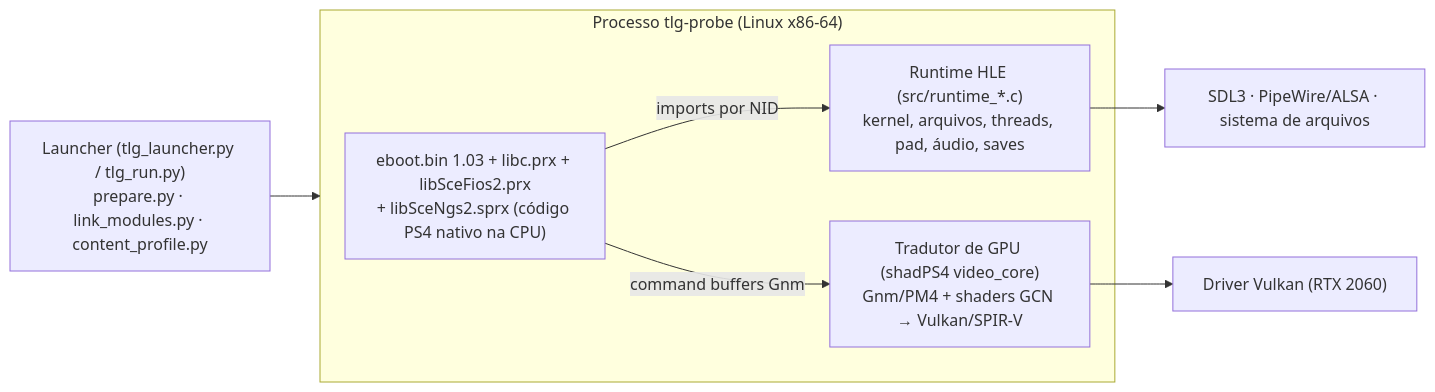
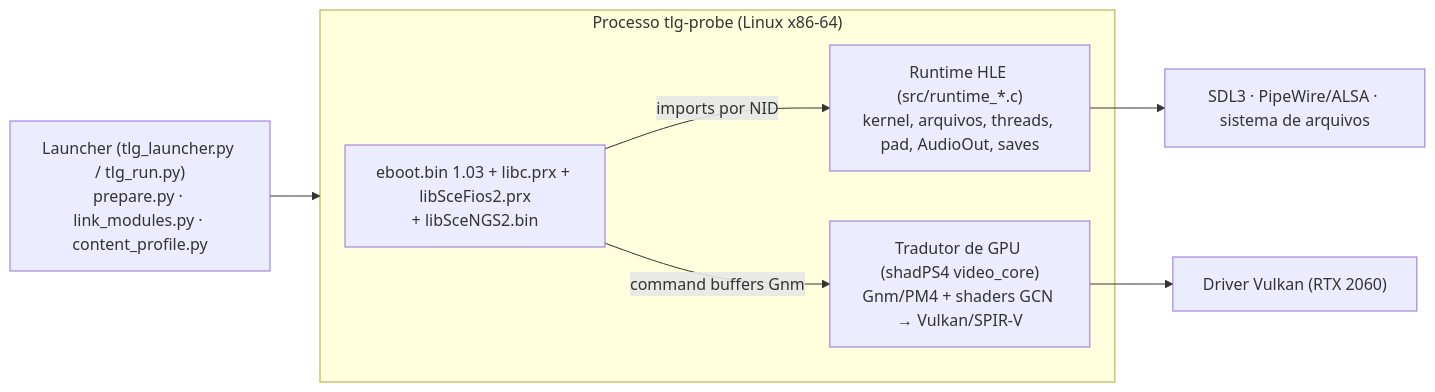
One commit to GFOXSH/tlg_pc changed the diagram in docs/PROGRESSO.md. Above: the diagram before and after it, drawn with Mermaid. The commit also changed other lines of this file and 22 other files, not shown here.

````diff
--- a/docs/PROGRESSO.md
+++ b/docs/PROGRESSO.md
@@ -46,13 +46,13 @@
 ```mermaid
 flowchart LR
     L["Launcher (tlg_launcher.py / tlg_run.py)<br/>prepare.py · link_modules.py · content_profile.py"] --> P
     subgraph P["Processo tlg-probe (Linux x86-64)"]
-        E["eboot.bin 1.03 + libc.prx + libSceFios2.prx<br/>+ libSceNgs2.sprx (código PS4 nativo na CPU)"]
-        R["Runtime HLE (src/runtime_*.c)<br/>kernel, arquivos, threads, pad, áudio, saves"]
+        E["eboot.bin 1.03 + libc.prx + libSceFios2.prx<br/>+ libSceNGS2.bin"]
+        R["Runtime HLE (src/runtime_*.c)<br/>kernel, arquivos, threads, pad, AudioOut, saves"]
         G["Tradutor de GPU (shadPS4 video_core)<br/>Gnm/PM4 + shaders GCN → Vulkan/SPIR-V"]
         E -- "imports por NID" --> R
         E -- "command buffers Gnm" --> G
     end
     R --> OS["SDL3 · PipeWire/ALSA · sistema de arquivos"]
     G --> VK["Driver Vulkan (RTX 2060)"]
 ```
````
